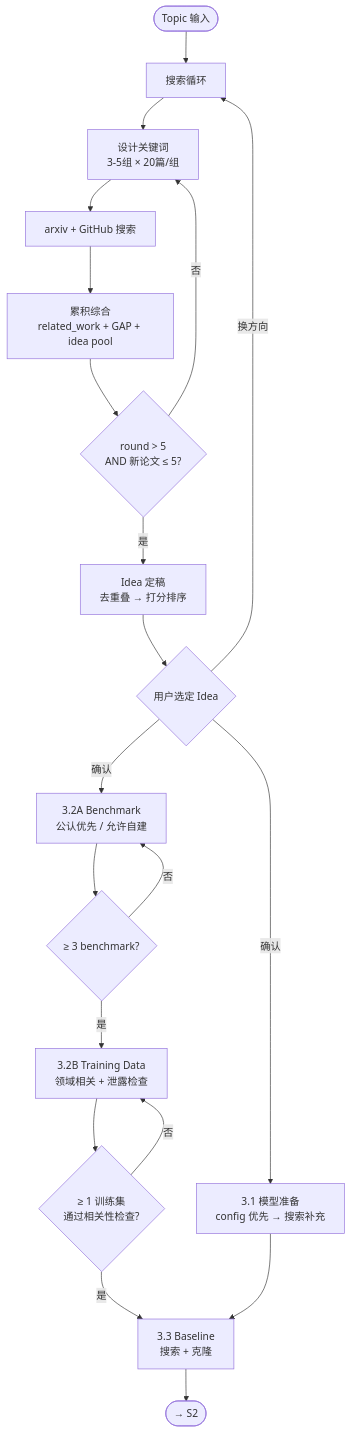
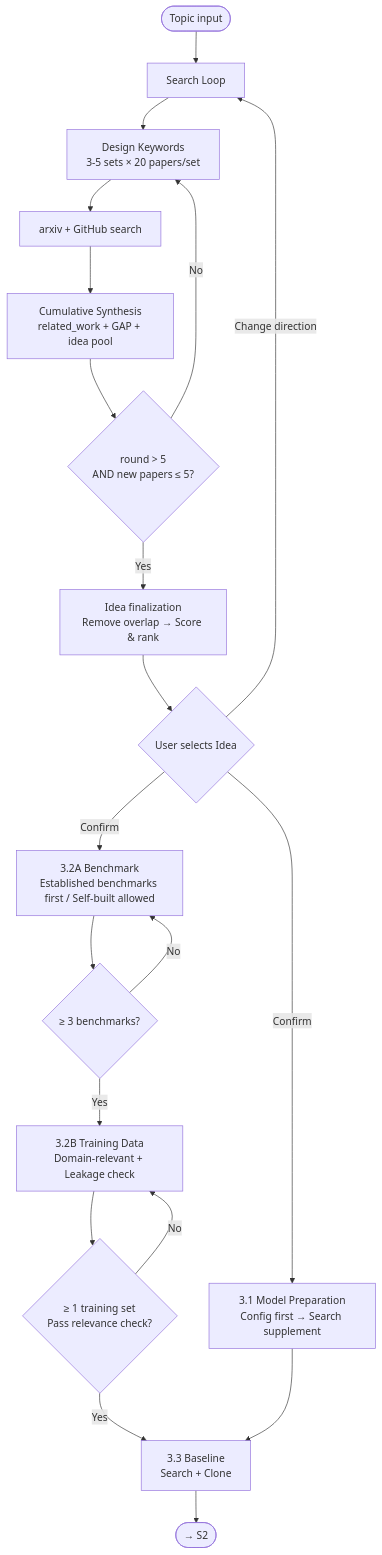
Before and after one commit to JZAO20L/nano-auto-research: the diagram in auto-research-s1-flow/SKILL.md, drawn with Mermaid. The commit also changed other lines of this file and 3 other files, not shown here.

Commit message:
style: convert all 4 flow skills to English-only (remove Chinese text)

````diff
--- a/auto-research-s1-flow/SKILL.md
+++ b/auto-research-s1-flow/SKILL.md
@@ -25,22 +25,22 @@
 ```mermaid
 flowchart TD
-    START([Topic 输入]) --> LOOP[搜索循环]
-    LOOP --> KW[设计关键词<br/>3-5组 × 20篇/组]
-    KW --> SEARCH[arxiv + GitHub 搜索]
-    SEARCH --> SYN[累积综合<br/>related_work + GAP + idea pool]
-    SYN --> TERM{round > 5<br/>AND 新论文 ≤ 5?}
-    TERM -->|否| KW
-    TERM -->|是| IDEA[Idea 定稿<br/>去重叠 → 打分排序]
-    IDEA --> GATE{用户选定 Idea}
-    GATE -->|确认| MODEL[3.1 模型准备<br/>config 优先 → 搜索补充]
-    GATE -->|换方向| LOOP
-    GATE -->|确认| BENCH[3.2A Benchmark<br/>公认优先 / 允许自建]
-    BENCH --> BENCHCHECK{≥ 3 benchmark?}
-    BENCHCHECK -->|否| BENCH
-    BENCHCHECK -->|是| TRAIN[3.2B Training Data<br/>领域相关 + 泄露检查]
-    TRAIN --> TRAINCHECK{≥ 1 训练集<br/>通过相关性检查?}
-    TRAINCHECK -->|否| TRAIN
-    TRAINCHECK -->|是| BASE[3.3 Baseline<br/>搜索 + 克隆]
+    START([Topic input]) --> LOOP[Search Loop]
+    LOOP --> KW[Design Keywords<br/>3-5 sets × 20 papers/set]
+    KW --> SEARCH[arxiv + GitHub search]
+    SEARCH --> SYN[Cumulative Synthesis<br/>related_work + GAP + idea pool]
+    SYN --> TERM{round > 5<br/>AND new papers ≤ 5?}
+    TERM -->|No| KW
+    TERM -->|Yes| IDEA[Idea finalization<br/>Remove overlap → Score & rank]
+    IDEA --> GATE{User selects Idea}
+    GATE -->|Confirm| MODEL[3.1 Model Preparation<br/>Config first → Search supplement]
+    GATE -->|Change direction| LOOP
+    GATE -->|Confirm| BENCH[3.2A Benchmark<br/>Established benchmarks first / Self-built allowed]
+    BENCH --> BENCHCHECK{≥ 3 benchmarks?}
+    BENCHCHECK -->|No| BENCH
+    BENCHCHECK -->|Yes| TRAIN[3.2B Training Data<br/>Domain-relevant + Leakage check]
+    TRAIN --> TRAINCHECK{≥ 1 training set<br/>Pass relevance check?}
+    TRAINCHECK -->|No| TRAIN
+    TRAINCHECK -->|Yes| BASE[3.3 Baseline<br/>Search + Clone]
     MODEL --> BASE
     BASE --> OUT([→ S2])
 ```
````
